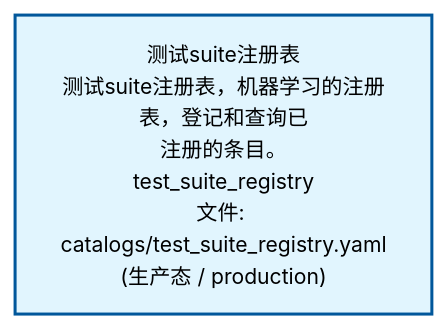
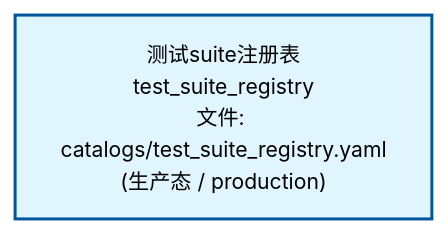
One commit to xuanFelixVan/ZephyrAlpha changed the second of 2 diagrams in docs/02_enterprise_architecture/02_domain_architecture_docs/33_d_audittest.md. Above: the diagram before and after it, drawn with Mermaid. The commit also changed other lines of this file and 61 other files, not shown here.

````diff
--- a/docs/02_enterprise_architecture/02_domain_architecture_docs/33_d_audittest.md
+++ b/docs/02_enterprise_architecture/02_domain_architecture_docs/33_d_audittest.md
@@ -68,10 +68,10 @@
 ```mermaid
 %%{init: {'theme': 'base', 'themeVariables': {'primaryColor': '#eaeaea', 'primaryTextColor': '#333333', 'primaryBorderColor': '#666666', 'lineColor': '#666666', 'secondaryColor': '#eaeaea', 'tertiaryColor': '#eaeaea', 'fontSize': '14px'}}}%%
 flowchart TD
-    docs_01_policies_and_standards_registry_catalogs_test_suite_registry_yaml["测试suite注册表<br/>测试suite注册表，机器学习的注册表，登记和查询已<br/>注册的条目。<br/>test_suite_registry<br/>文件: catalogs/test_suite_registry.yaml<br/>(生产态 / production)"]
+    docs_01_policies_and_standards_registry_catalogs_test_suite_registry_yaml["测试suite注册表<br/>test_suite_registry<br/>文件: catalogs/test_suite_registry.yaml<br/>(生产态 / production)"]
     classDef production fill:#e1f5fe,stroke:#01579b,stroke-width:2px,color:#000
     classDef design fill:#fff3e0,stroke:#e65100,stroke-width:2px,color:#000,stroke-dasharray: 5 5
     classDef external_prod fill:#e8f4fd,stroke:#0277bd,stroke-width:1px,color:#000
     classDef external_design fill:#fff8e7,stroke:#ef6c00,stroke-width:1px,color:#000,stroke-dasharray: 5 5
     class docs_01_policies_and_standards_registry_catalogs_test_suite_registry_yaml production
 ```
````
